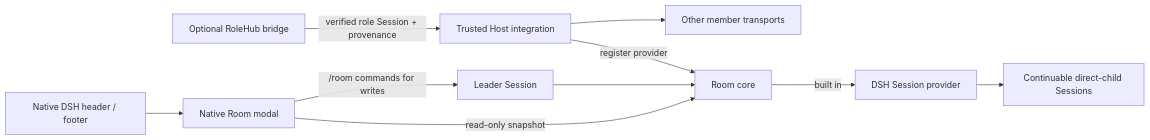
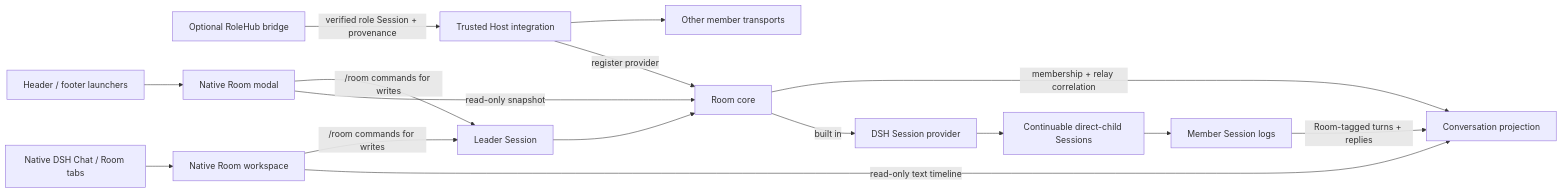
One commit to ishuowang/dsh-agent-team-room changed the diagram in README.md. Above: the diagram before and after it, drawn with Mermaid. The commit also changed other lines of this file and 43 other files, not shown here.

Commit message:
feat: add native Room conversation view (#12)

````diff
--- a/README.md
+++ b/README.md
@@ -25,14 +25,20 @@
 ```mermaid
 flowchart LR
   L[Leader Session] --> R[Room core]
   R -->|built in| D[DSH Session provider]
   D --> C[Continuable direct-child Sessions]
+  C --> S[Member Session logs]
 
   H[Trusted Host integration] -->|register provider| R
   RH[Optional RoleHub bridge] -->|verified role Session + provenance| H
   H --> X[Other member transports]
 
-  UI[Native DSH header / footer] --> M[Native Room modal]
+  UI[Native DSH Chat / Room tabs] --> V[Native Room workspace]
+  E[Header / footer launchers] --> M[Native Room modal]
+  R -->|membership + relay correlation| P[Conversation projection]
+  S -->|Room-tagged turns + replies| P
+  V -->|read-only text timeline| P
   M -->|read-only snapshot| R
+  V -->|/room commands for writes| L
   M -->|/room commands for writes| L
 ```
````
